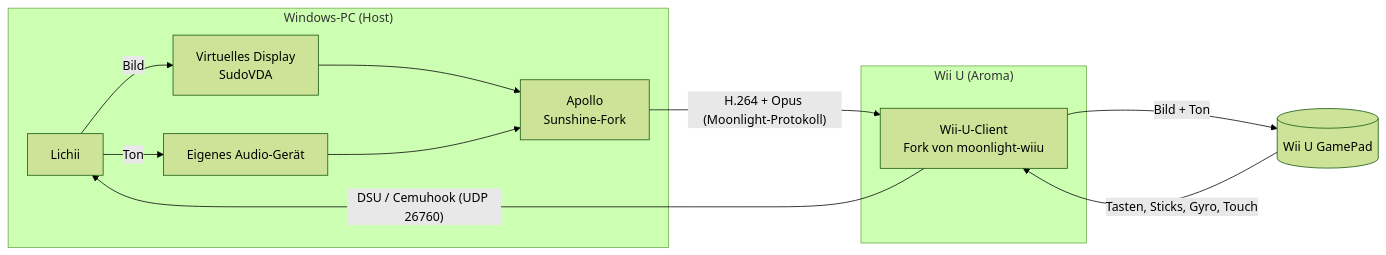
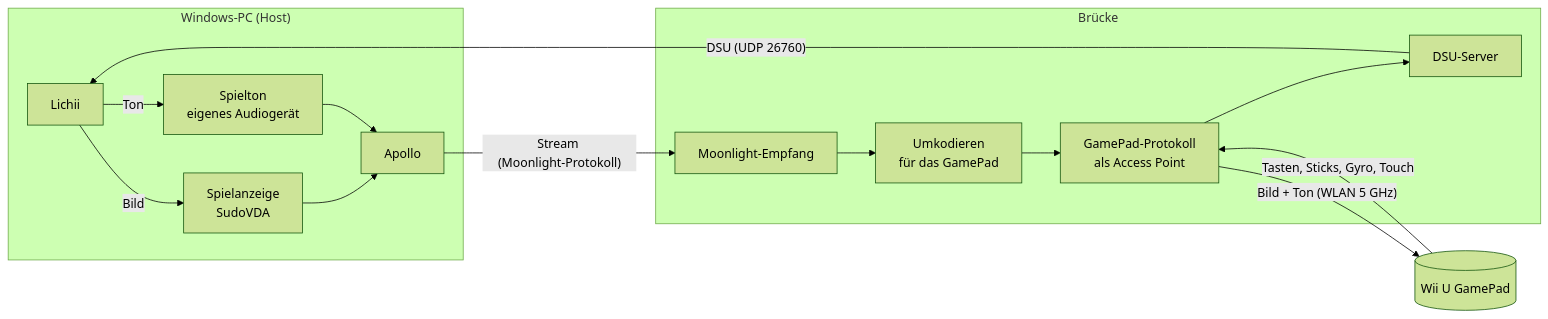
One commit to Mendeln00/lichii-wiiu-gamepad changed the diagram in README.md. Above: the diagram before and after it, drawn with Mermaid (forest theme). The commit also changed other lines of this file and 15 other files, not shown here.

First line of the commit message:
docs: Direktmodus ohne Wii U als Ziel (ADR 0005) (#29)

````diff
--- a/README.md
+++ b/README.md
@@ -20,17 +20,19 @@
 ```mermaid
 flowchart LR
   subgraph PC["Windows‑PC (Host)"]
-    L[Lichii] -- Bild --> VD[Virtuelles Display<br/>SudoVDA]
-    L -- Ton --> AS[Eigenes Audio‑Gerät]
-    VD --> A[Apollo<br/>Sunshine‑Fork]
+    L[Lichii] -- Bild --> VD[Spielanzeige<br/>SudoVDA]
+    L -- Ton --> AS[Spielton<br/>eigenes Audiogerät]
+    VD --> A[Apollo]
     AS --> A
   end
-  subgraph WiiU["Wii U (Aroma)"]
-    C[Wii‑U‑Client<br/>Fork von moonlight‑wiiu]
+  subgraph BR["Brücke"]
+    M[Moonlight‑Empfang] --> E[Umkodieren<br/>für das GamePad]
+    E --> D[GamePad‑Protokoll<br/>als Access Point]
+    D --> S[DSU‑Server]
   end
   GP[(Wii U GamePad)]
-  A -- "H.264 + Opus (Moonlight‑Protokoll)" --> C
-  C -- Bild + Ton --> GP
-  GP -- "Tasten, Sticks, Gyro, Touch" --> C
-  C -- "DSU / Cemuhook (UDP 26760)" --> L
+  A -- "Stream (Moonlight‑Protokoll)" --> M
+  D -- "Bild + Ton (WLAN 5 GHz)" --> GP
+  GP -- "Tasten, Sticks, Gyro, Touch" --> D
+  S -- "DSU (UDP 26760)" --> L
 ```
````
